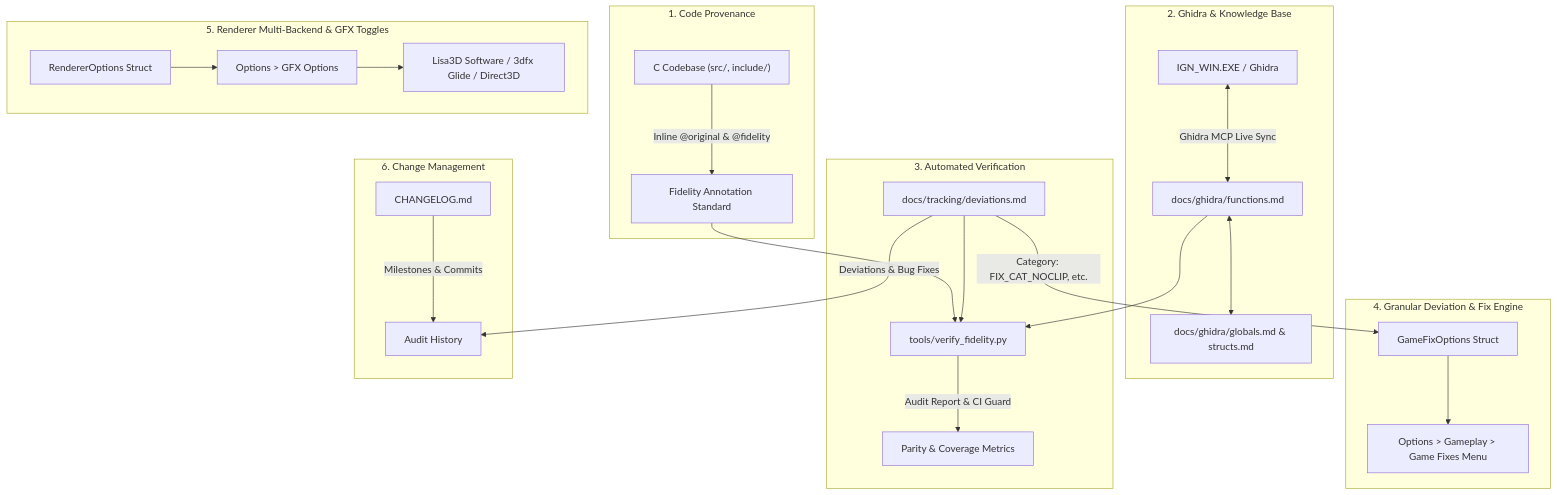
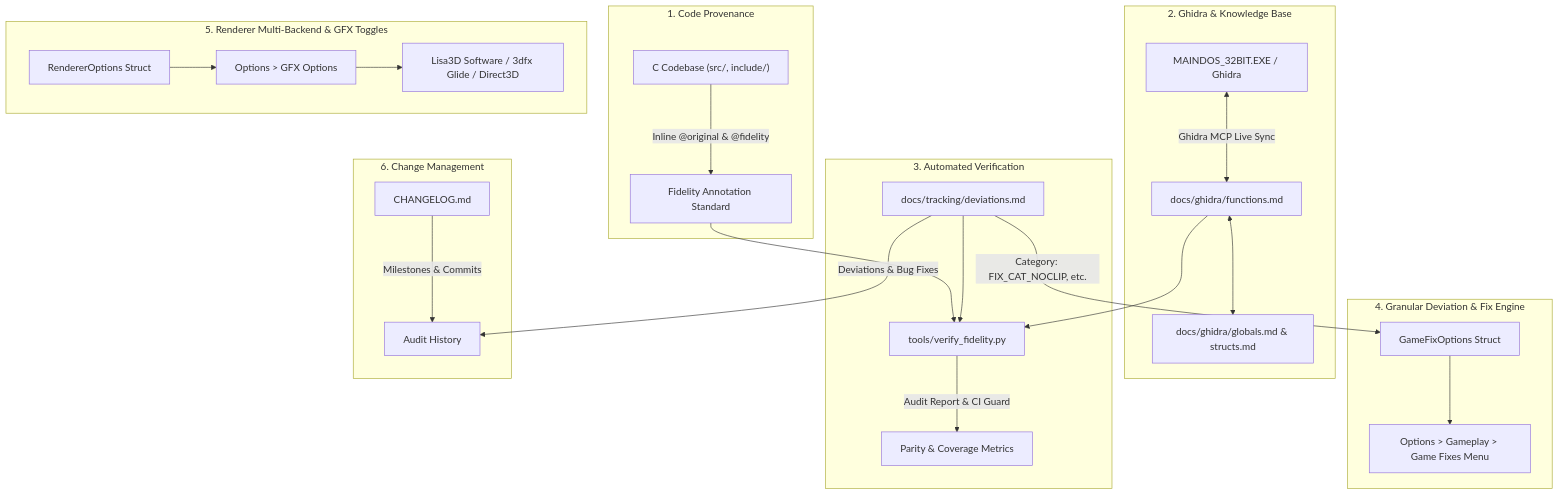
One commit to F1r3f0x/RacingDynamite changed the diagram in docs/tracking/fidelity_system_plan.md. Above: the diagram before and after it, drawn with Mermaid. The commit also changed other lines of this file and 63 other files, not shown here.

````diff
--- a/docs/tracking/fidelity_system_plan.md
+++ b/docs/tracking/fidelity_system_plan.md
@@ -22,33 +22,33 @@
 ```mermaid
 graph TD
     subgraph "1. Code Provenance"
         A["C Codebase (src/, include/)"] -->|"Inline @original & @fidelity"| B["Fidelity Annotation Standard"]
     end
 
     subgraph "2. Ghidra & Knowledge Base"
-        C["IGN_WIN.EXE / Ghidra"] <-->|"Ghidra MCP Live Sync"| D["docs/ghidra/functions.md"]
+        C["MAINDOS_32BIT.EXE / Ghidra"] <-->|"Ghidra MCP Live Sync"| D["docs/ghidra/functions.md"]
         D <--> E["docs/ghidra/globals.md & structs.md"]
     end
 
     subgraph "3. Automated Verification"
         B --> F["tools/verify_fidelity.py"]
         D --> F
         G["docs/tracking/deviations.md"] --> F
         F -->|"Audit Report & CI Guard"| H["Parity & Coverage Metrics"]
     end
 
     subgraph "4. Granular Deviation & Fix Engine"
         G -->|"Category: FIX_CAT_NOCLIP, etc."| K["GameFixOptions Struct"]
         K --> L["Options > Gameplay > Game Fixes Menu"]
     end
 
     subgraph "5. Renderer Multi-Backend & GFX Toggles"
         M["RendererOptions Struct"] --> N["Options > GFX Options"]
         N --> O["Lisa3D Software / 3dfx Glide / Direct3D"]
     end
 
     subgraph "6. Change Management"
         I["CHANGELOG.md"] -->|"Milestones & Commits"| J["Audit History"]
         G -->|"Deviations & Bug Fixes"| J
     end
 ```
````
